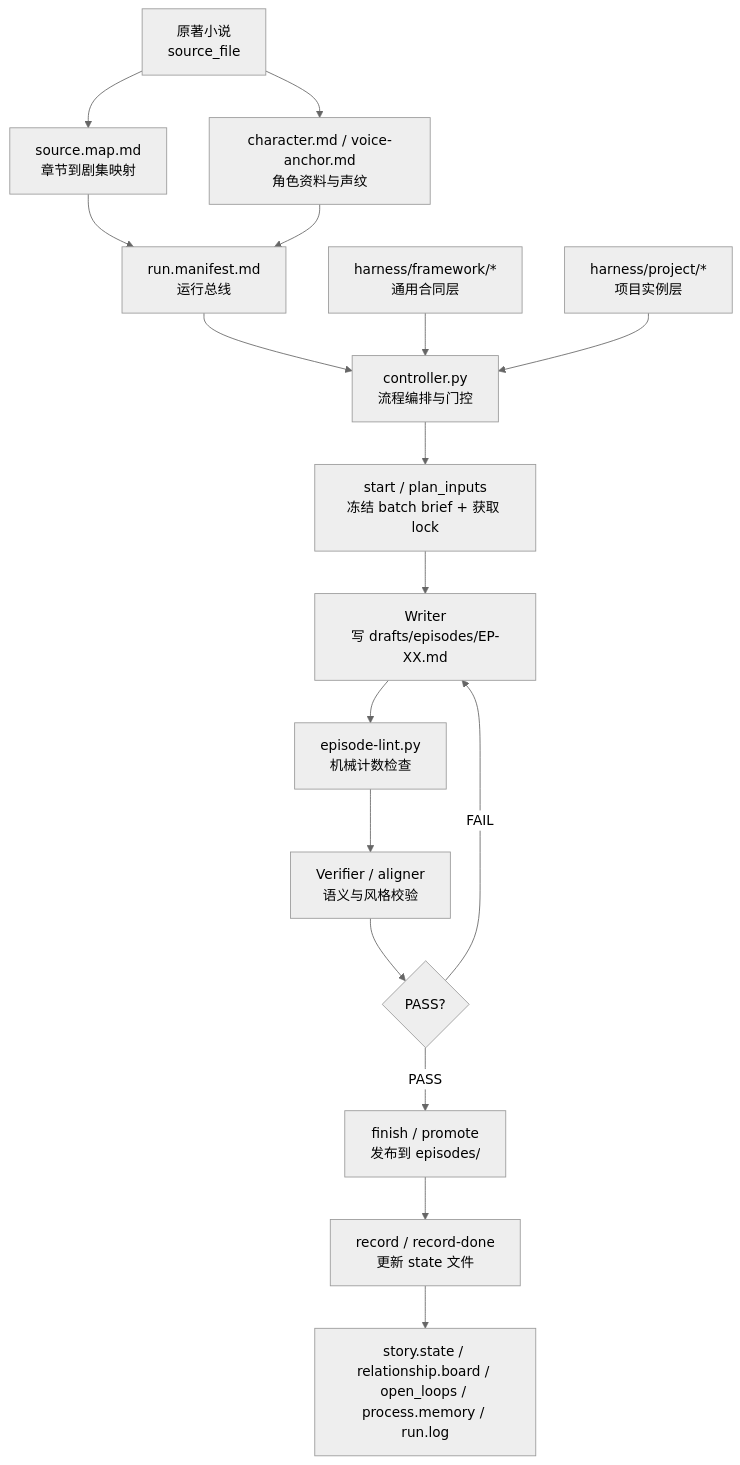
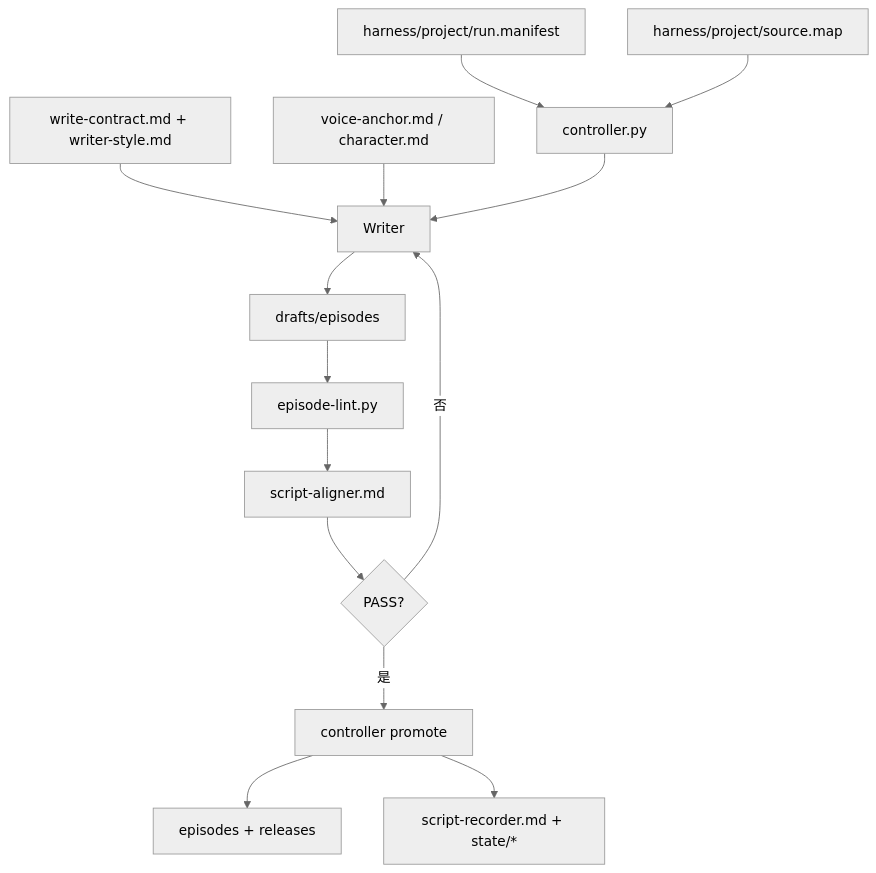
The diagram in juben/README.md (zc20180417/Juben), drawn with Mermaid (neutral theme) before and after one commit. The commit also changed other lines of this file and 18 other files, not shown here.

````diff
--- a/juben/README.md
+++ b/juben/README.md
@@ -28,22 +58,16 @@
 ```mermaid
 flowchart TD
-    A["原著小说<br/>source_file"] --> B["source.map.md<br/>章节到剧集映射"]
-    A --> C["character.md / voice-anchor.md<br/>角色资料与声纹"]
-    B --> D["run.manifest.md<br/>运行总线"]
-    C --> D
-
-    D --> E["controller.py<br/>流程编排与门控"]
-    E --> F["start / plan_inputs<br/>冻结 batch brief + 获取 lock"]
-    F --> G["Writer<br/>写 drafts/episodes/EP-XX.md"]
-    G --> H["episode-lint.py<br/>机械计数检查"]
-    H --> I["Verifier / aligner<br/>语义与风格校验"]
+    A["harness/project/run.manifest"] --> B["controller.py"]
+    C["harness/project/source.map"] --> B
+    D["write-contract.md + writer-style.md"] --> E["Writer"]
+    F["voice-anchor.md / character.md"] --> E
+    B --> E
+    E --> G["drafts/episodes"]
+    G --> H["episode-lint.py"]
+    H --> I["script-aligner.md"]
     I --> J{"PASS?"}
-
-    J -- "FAIL" --> G
-    J -- "PASS" --> K["finish / promote<br/>发布到 episodes/"]
-    K --> L["record / record-done<br/>更新 state 文件"]
-
-    M["harness/framework/*<br/>通用合同层"] --> E
-    N["harness/project/*<br/>项目实例层"] --> E
-    L --> O["story.state / relationship.board / open_loops / process.memory / run.log"]
+    J -- "否" --> E
+    J -- "是" --> K["controller promote"]
+    K --> L["episodes + releases"]
+    K --> M["script-recorder.md + state/*"]
 ```
````
